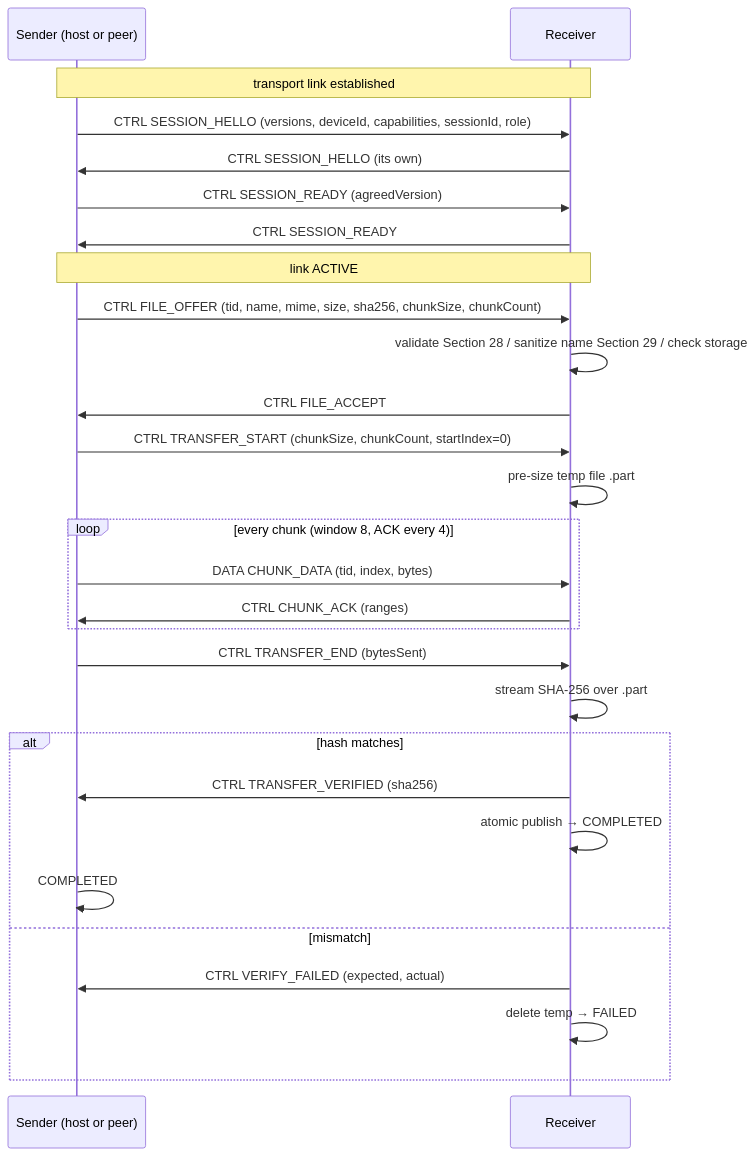
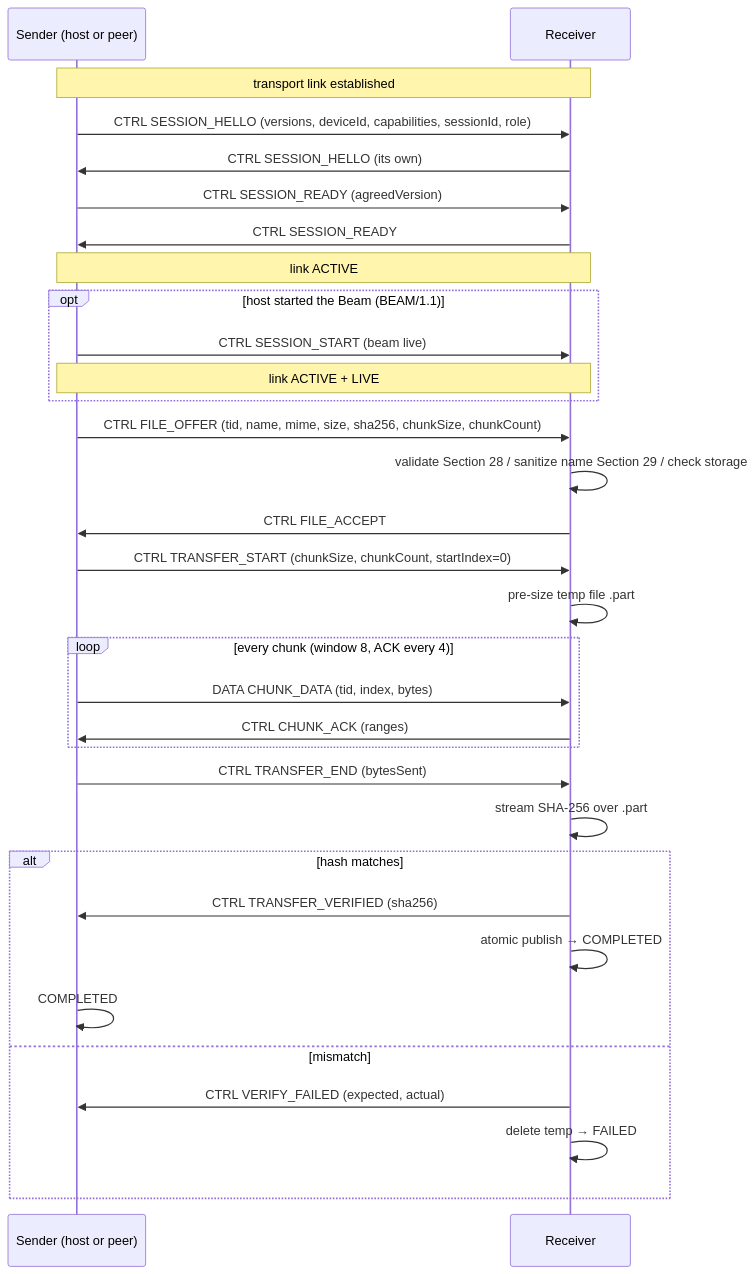
Diagram 14 of 15 in PROTOCOL.md (greenbugx/Beam), drawn with Mermaid before and after one commit. The commit also changed other lines of this file, not shown here.

Commit message:
protocol: bump version to BEAM/1.1

````diff
--- a/PROTOCOL.md
+++ b/PROTOCOL.md
@@ -1351,33 +1368,38 @@
 ```mermaid
 sequenceDiagram
     participant H as Sender (host or peer)
     participant R as Receiver
 
     Note over H,R: transport link established
     H->>R: CTRL SESSION_HELLO (versions, deviceId, capabilities, sessionId, role)
     R->>H: CTRL SESSION_HELLO (its own)
     H->>R: CTRL SESSION_READY (agreedVersion)
     R->>H: CTRL SESSION_READY
     Note over H,R: link ACTIVE
+
+    opt host started the Beam (BEAM/1.1)
+        H->>R: CTRL SESSION_START (beam live)
+        Note over H,R: link ACTIVE + LIVE
+    end
 
     H->>R: CTRL FILE_OFFER (tid, name, mime, size, sha256, chunkSize, chunkCount)
     R->>R: validate Section 28 / sanitize name Section 29 / check storage
     R->>H: CTRL FILE_ACCEPT
     H->>R: CTRL TRANSFER_START (chunkSize, chunkCount, startIndex=0)
     R->>R: pre-size temp file .part
 
     loop every chunk (window 8, ACK every 4)
         H->>R: DATA CHUNK_DATA (tid, index, bytes)
         R->>H: CTRL CHUNK_ACK (ranges)
     end
     H->>R: CTRL TRANSFER_END (bytesSent)
     R->>R: stream SHA-256 over .part
     alt hash matches
         R->>H: CTRL TRANSFER_VERIFIED (sha256)
         R->>R: atomic publish → COMPLETED
         H->>H: COMPLETED
     else mismatch
         R->>H: CTRL VERIFY_FAILED (expected, actual)
         R->>R: delete temp → FAILED
     end
 ```
````
